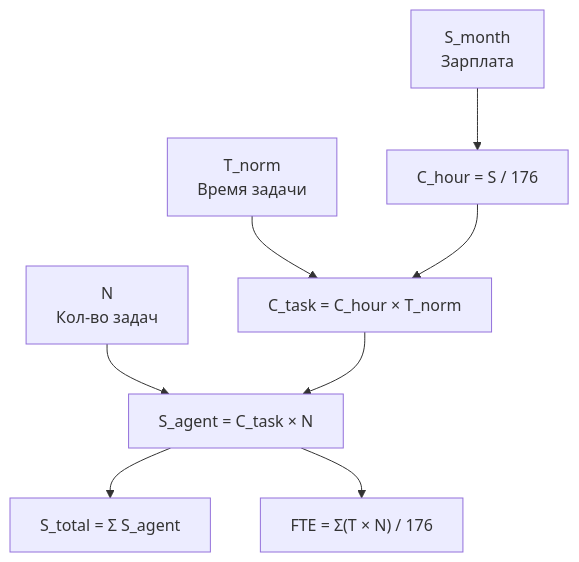
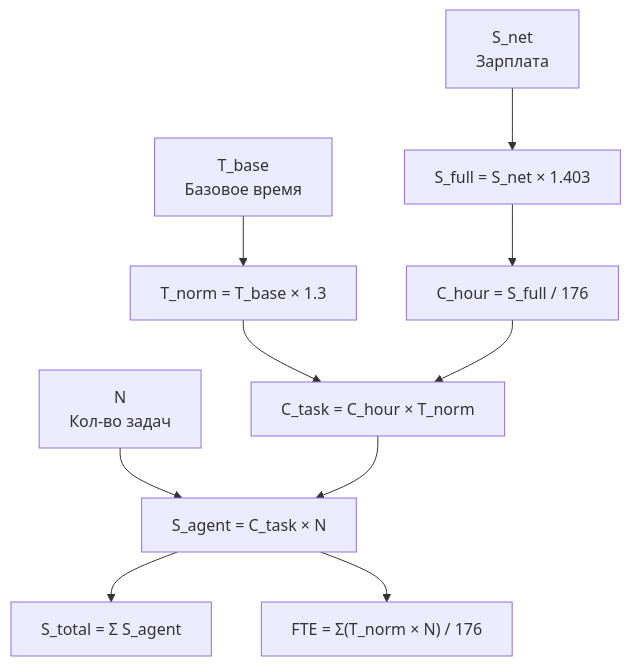
One commit to Sign25/Docs changed the second of 4 diagrams in office/adolf_office_9_efficiency.md. Above: the diagram before and after it, drawn with Mermaid. The commit also changed other lines of this file, not shown here.

Commit message:
Update Office section 9: v1.1 — add tax +40.3%, T_norm +30%

````diff
--- a/office/adolf_office_9_efficiency.md
+++ b/office/adolf_office_9_efficiency.md
@@ -140,10 +177,12 @@
 ```mermaid
 graph TD
-    S["S_month<br/>Зарплата"] --> CH["C_hour = S / 176"]
-    T["T_norm<br/>Время задачи"] --> CT["C_task = C_hour × T_norm"]
+    S["S_net<br/>Зарплата"] --> SF["S_full = S_net × 1.403"]
+    SF --> CH["C_hour = S_full / 176"]
+    T["T_base<br/>Базовое время"] --> TN["T_norm = T_base × 1.3"]
+    TN --> CT["C_task = C_hour × T_norm"]
     CH --> CT
     N["N<br/>Кол-во задач"] --> SA["S_agent = C_task × N"]
     CT --> SA
     SA --> ST["S_total = Σ S_agent"]
-    SA --> FTE["FTE = Σ(T × N) / 176"]
+    SA --> FTE["FTE = Σ(T_norm × N) / 176"]
 ```
````
